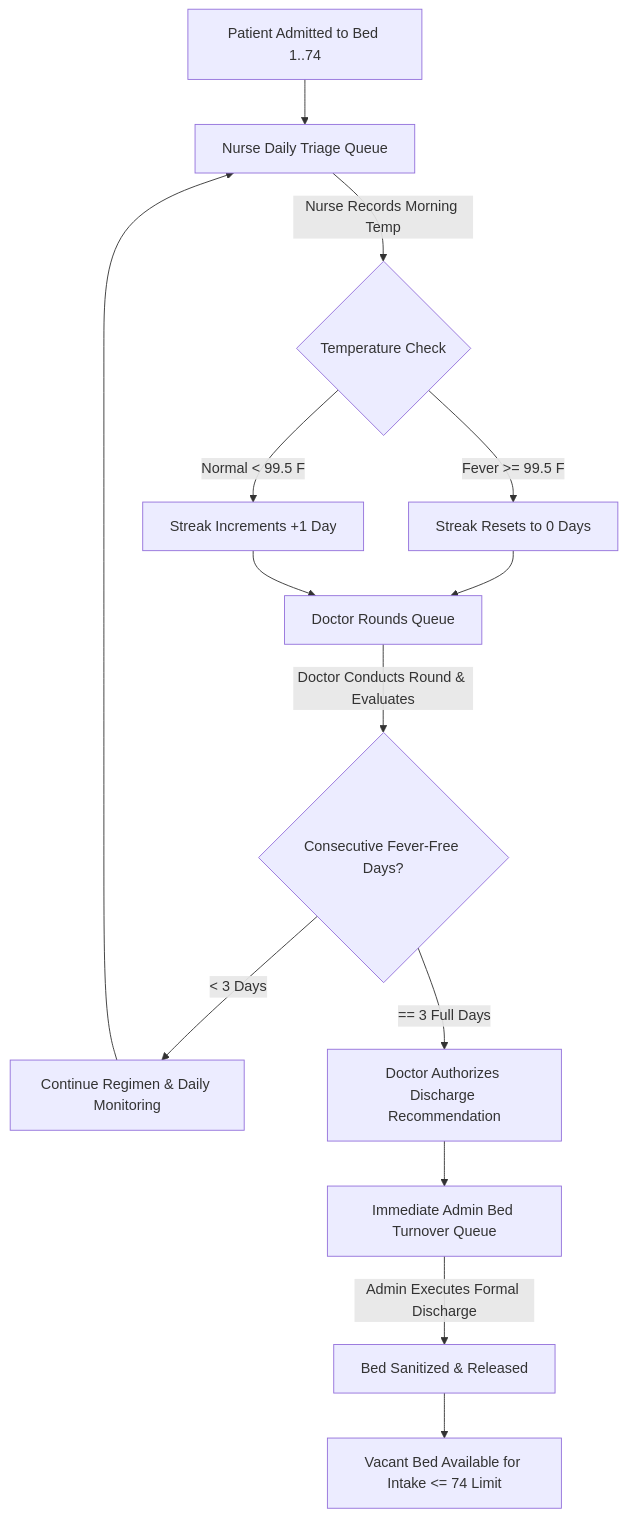
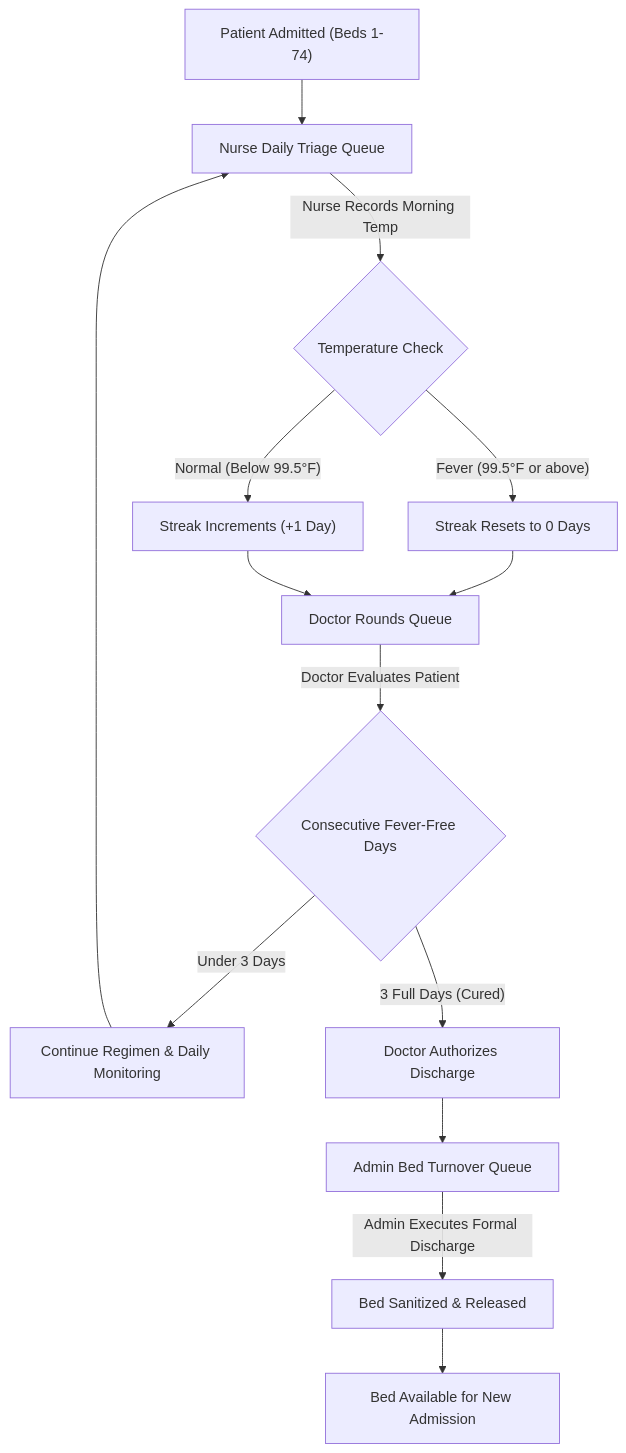
The diagram in README.md (prancodes/Factwise-Assessment-TPM), drawn with Mermaid before and after one commit. The commit also changed other lines of this file and 2 other files, not shown here.

Commit message:
docs: add official submission PDF and update README with live Vercel link and Mermaid chart

````diff
--- a/README.md
+++ b/README.md
@@ -38,16 +37,16 @@
 ```mermaid
-graph TD
-    A[Patient Admitted to Bed 1..74] --> B[Nurse Daily Triage Queue]
-    B -->|Nurse Records Morning Temp| C{Temperature Check}
-    C -->|Fever >= 99.5 F| D[Streak Resets to 0 Days]
-    C -->|Normal < 99.5 F| E[Streak Increments +1 Day]
-    D --> F[Doctor Rounds Queue]
+flowchart TD
+    A["Patient Admitted (Beds 1-74)"] --> B["Nurse Daily Triage Queue"]
+    B -->|"Nurse Records Morning Temp"| C{"Temperature Check"}
+    C -->|"Fever (99.5°F or above)"| D["Streak Resets to 0 Days"]
+    C -->|"Normal (Below 99.5°F)"| E["Streak Increments (+1 Day)"]
+    D --> F["Doctor Rounds Queue"]
     E --> F
-    F -->|Doctor Conducts Round & Evaluates| G{Consecutive Fever-Free Days?}
-    G -->|< 3 Days| H[Continue Regimen & Daily Monitoring]
+    F -->|"Doctor Evaluates Patient"| G{"Consecutive Fever-Free Days"}
+    G -->|"Under 3 Days"| H["Continue Regimen & Daily Monitoring"]
     H --> B
-    G -->|== 3 Full Days| I[Doctor Authorizes Discharge Recommendation]
-    I --> J[Immediate Admin Bed Turnover Queue]
-    J -->|Admin Executes Formal Discharge| K[Bed Sanitized & Released]
-    K --> L[Vacant Bed Available for Intake <= 74 Limit]
+    G -->|"3 Full Days (Cured)"| I["Doctor Authorizes Discharge"]
+    I --> J["Admin Bed Turnover Queue"]
+    J -->|"Admin Executes Formal Discharge"| K["Bed Sanitized & Released"]
+    K --> L["Bed Available for New Admission"]
 ```
````
